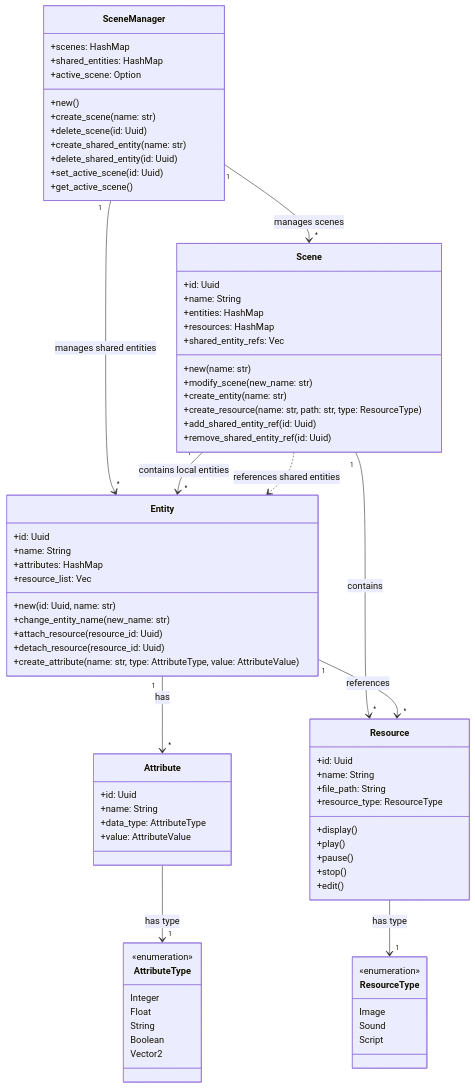
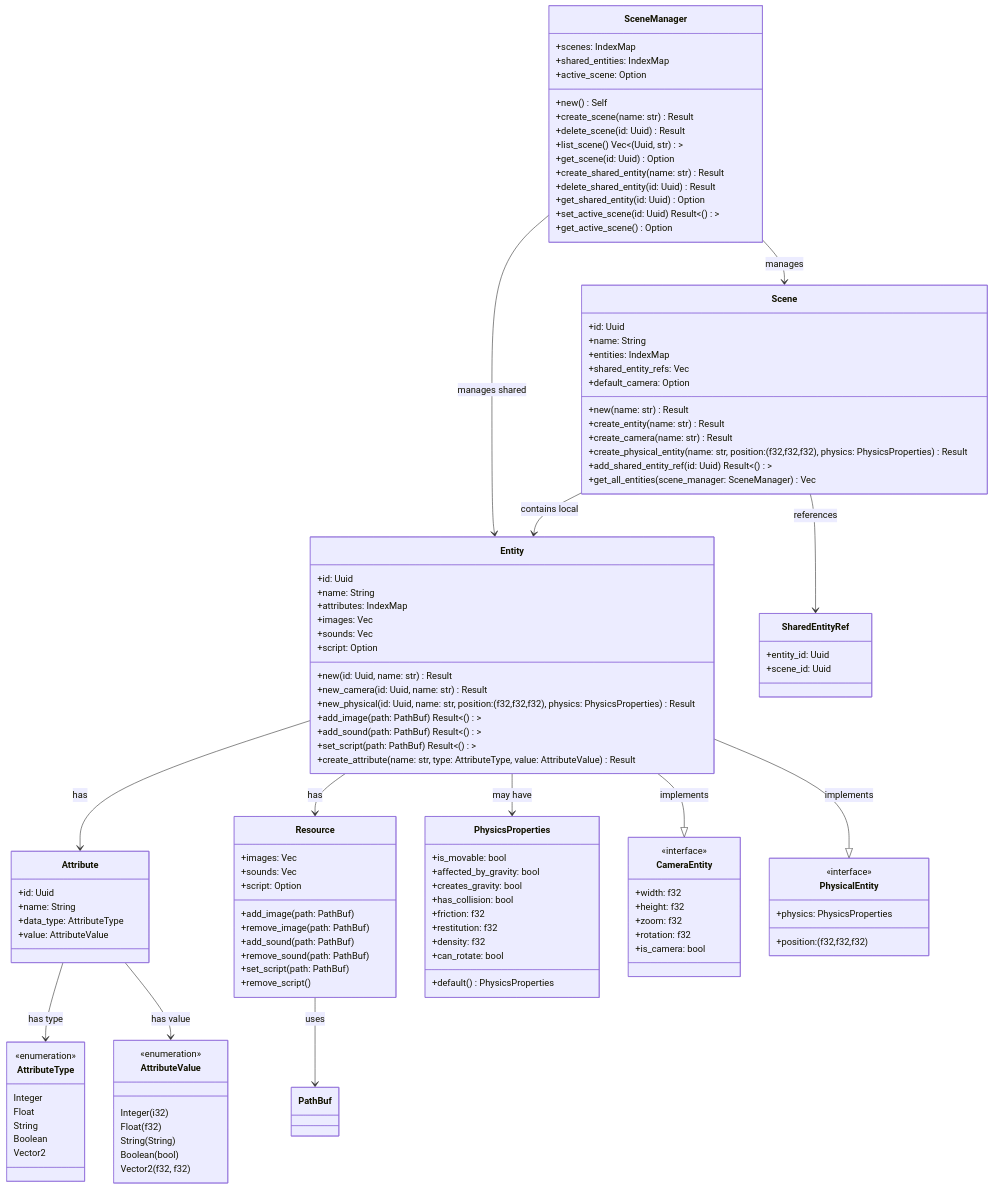
One commit to gh0stintheshe11/Rust-2D-Game-Engine changed the third of 4 diagrams in README.md. Above: the diagram before and after it, drawn with Mermaid. The commit also changed other lines of this file, not shown here.

````diff
--- a/README.md
+++ b/README.md
@@ -309,54 +405,69 @@
 ```mermaid
 classDiagram
+    SceneManager --> Scene : manages
+    SceneManager --> Entity : manages shared
+    Scene --> Entity : contains local
+    Scene --> SharedEntityRef : references
+    Entity --> Attribute : has
+    Entity --> Resource : has
+    Entity --> PhysicsProperties : may have
+
     class SceneManager {
-        +scenes: HashMap<Uuid, Scene>
-        +shared_entities: HashMap<Uuid, Entity>
+        +scenes: IndexMap<Uuid, Scene>
+        +shared_entities: IndexMap<Uuid, Entity>
         +active_scene: Option<Uuid>
-        +new()
-        +create_scene(name: str)
-        +delete_scene(id: Uuid)
-        +create_shared_entity(name: str)
-        +delete_shared_entity(id: Uuid)
-        +set_active_scene(id: Uuid)
-        +get_active_scene()
+        +new() Self
+        +create_scene(name: str) Result<Uuid>
+        +delete_scene(id: Uuid) Result<bool>
+        +list_scene() Vec<(Uuid, str)>
+        +get_scene(id: Uuid) Option<Scene>
+        +create_shared_entity(name: str) Result<Uuid>
+        +delete_shared_entity(id: Uuid) Result<bool>
+        +get_shared_entity(id: Uuid) Option<Entity>
+        +set_active_scene(id: Uuid) Result<()>
+        +get_active_scene() Option<Scene>
     }
 
     class Scene {
         +id: Uuid
         +name: String
-        +entities: HashMap<Uuid, Entity>
-        +resources: HashMap<Uuid, Resource>
+        +entities: IndexMap<Uuid, Entity>
         +shared_entity_refs: Vec<Uuid>
-        +new(name: str)
-        +modify_scene(new_name: str)
-        +create_entity(name: str)
-        +create_resource(name: str, path: str, type: ResourceType)
-        +add_shared_entity_ref(id: Uuid)
-        +remove_shared_entity_ref(id: Uuid)
+        +default_camera: Option<Uuid>
+        +new(name: str) Result<Scene>
+        +create_entity(name: str) Result<Uuid>
+        +create_camera(name: str) Result<Uuid>
+        +create_physical_entity(name: str, position: (f32,f32,f32), physics: PhysicsProperties) Result<Uuid>
+        +add_shared_entity_ref(id: Uuid) Result<()>
+        +get_all_entities(scene_manager: SceneManager) Vec<Entity>
     }
 
     class Entity {
         +id: Uuid
         +name: String
-        +attributes: HashMap<Uuid, Attribute>
-        +resource_list: Vec<Uuid>
-        +new(id: Uuid, name: str)
-        +change_entity_name(new_name: str)
-        +attach_resource(resource_id: Uuid)
-        +detach_resource(resource_id: Uuid)
-        +create_attribute(name: str, type: AttributeType, value: AttributeValue)
+        +attributes: IndexMap<Uuid, Attribute>
+        +images: Vec<PathBuf>
+        +sounds: Vec<PathBuf>
+        +script: Option<PathBuf>
+        +new(id: Uuid, name: str) Result<Entity>
+        +new_camera(id: Uuid, name: str) Result<Entity>
+        +new_physical(id: Uuid, name: str, position: (f32,f32,f32), physics: PhysicsProperties) Result<Entity>
+        +add_image(path: PathBuf) Result<()>
+        +add_sound(path: PathBuf) Result<()>
+        +set_script(path: PathBuf) Result<()>
+        +create_attribute(name: str, type: AttributeType, value: AttributeValue) Result<Uuid>
     }
 
     class Resource {
-        +id: Uuid
-        +name: String
-        +file_path: String
-        +resource_type: ResourceType
-        +display()
-        +play()
-        +pause()
-        +stop()
-        +edit()
+        +images: Vec<PathBuf>
+        +sounds: Vec<PathBuf>
+        +script: Option<PathBuf>
+        +add_image(path: PathBuf)
+        +remove_image(path: PathBuf)
+        +add_sound(path: PathBuf)
+        +remove_sound(path: PathBuf)
+        +set_script(path: PathBuf)
+        +remove_script()
     }
 
     class Attribute {
@@ -364,13 +475,6 @@
         +name: String
         +data_type: AttributeType
         +value: AttributeValue
-    }
-
-    class ResourceType {
-        <<enumeration>>
-        Image
-        Sound
-        Script
     }
 
     class AttributeType {
@@ -382,13 +486,51 @@
         Vector2
     }
 
-    SceneManager "1" --> "*" Scene : manages scenes
-    SceneManager "1" --> "*" Entity : manages shared entities
-    Scene "1" --> "*" Entity : contains local entities
-    Scene ..> Entity : references shared entities
-    Scene "1" --> "*" Resource : contains
-    Entity "1" --> "*" Attribute : has
-    Entity "1" --> "*" Resource : references
-    Resource --> "1" ResourceType : has type
-    Attribute --> "1" AttributeType : has type
+    class AttributeValue {
+        <<enumeration>>
+        Integer(i32)
+        Float(f32)
+        String(String)
+        Boolean(bool)
+        Vector2(f32, f32)
+    }
+
+    class PhysicsProperties {
+        +is_movable: bool
+        +affected_by_gravity: bool
+        +creates_gravity: bool
+        +has_collision: bool
+        +friction: f32
+        +restitution: f32
+        +density: f32
+        +can_rotate: bool
+        +default() PhysicsProperties
+    }
+
+    class SharedEntityRef {
+        +entity_id: Uuid
+        +scene_id: Uuid
+    }
+
+    %% Special Entity Types
+    class CameraEntity {
+        <<interface>>
+        +width: f32
+        +height: f32
+        +zoom: f32
+        +rotation: f32
+        +is_camera: bool
+    }
+
+    class PhysicalEntity {
+        <<interface>>
+        +position: (f32,f32,f32)
+        +physics: PhysicsProperties
+    }
+
+    Entity --|> CameraEntity : implements
+    Entity --|> PhysicalEntity : implements
+    Attribute --> AttributeType : has type
+    Attribute --> AttributeValue : has value
+    Resource --> PathBuf : uses
 ```
````
